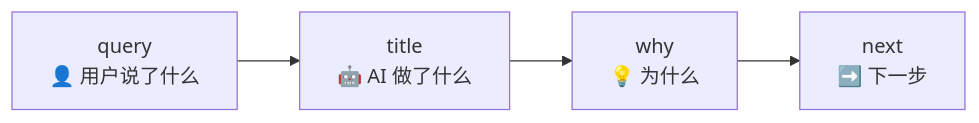
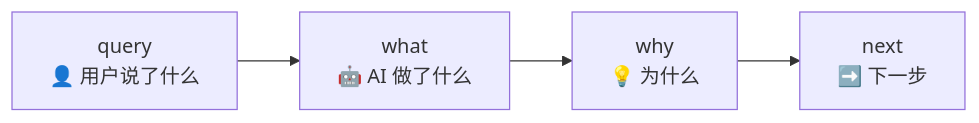
The second of 4 diagrams in docs/CN/cli.md (dozybot001/Intent), drawn with Mermaid before and after one commit. The commit also changed other lines of this file and 2 other files, not shown here.

First line of the commit message:
Rename title → what across all docs, fix --why R → --why W

````diff
--- a/docs/CN/cli.md
+++ b/docs/CN/cli.md
@@ -119,4 +119,4 @@
 ```mermaid
 flowchart LR
-  Q["query\n👤 用户说了什么"] --> T["title\n🤖 AI 做了什么"] --> R["why\n💡 为什么"] --> N["next\n➡️ 下一步"]
+  Q["query\n👤 用户说了什么"] --> W["what\n🤖 AI 做了什么"] --> Y["why\n💡 为什么"] --> N["next\n➡️ 下一步"]
 ```
````
